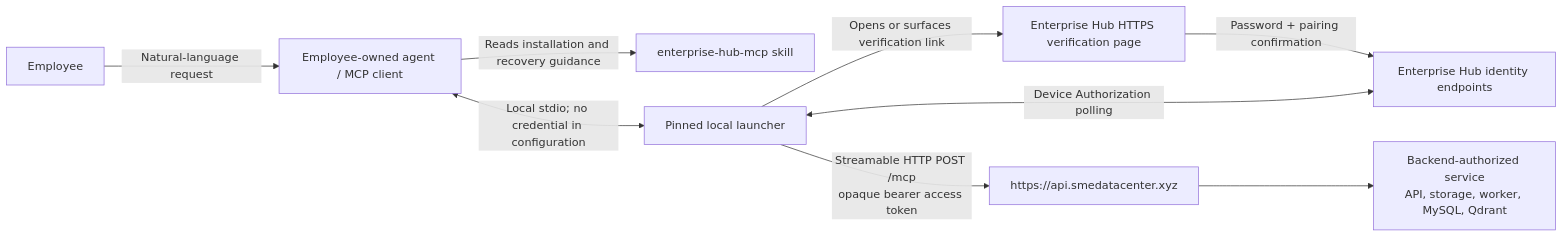
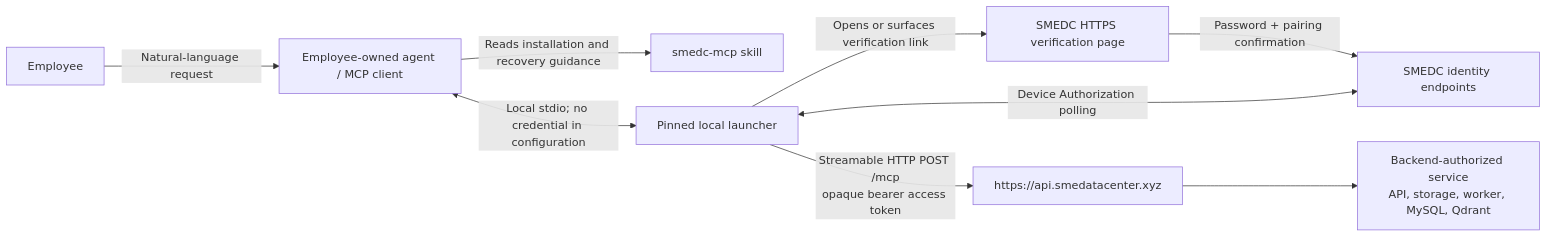
One commit to YinXiaoyu-1998/SME_DATA_CENTER changed the first of 2 diagrams in docs/implementation/mcp-user-flow.md. Above: the diagram before and after it, drawn with Mermaid. The commit also changed other lines of this file and 150 other files, not shown here.

````diff
--- a/docs/implementation/mcp-user-flow.md
+++ b/docs/implementation/mcp-user-flow.md
@@ -18,11 +18,11 @@
 ```mermaid
 flowchart LR
   Employee["Employee"] -->|"Natural-language request"| Agent["Employee-owned agent / MCP client"]
-  Agent -->|"Reads installation and recovery guidance"| Skill["enterprise-hub-mcp skill"]
+  Agent -->|"Reads installation and recovery guidance"| Skill["smedc-mcp skill"]
   Agent <-->|"Local stdio; no credential in configuration"| Launcher["Pinned local launcher"]
-  Launcher -->|"Opens or surfaces verification link"| Browser["Enterprise Hub HTTPS verification page"]
-  Browser -->|"Password + pairing confirmation"| Auth["Enterprise Hub identity endpoints"]
+  Launcher -->|"Opens or surfaces verification link"| Browser["SMEDC HTTPS verification page"]
+  Browser -->|"Password + pairing confirmation"| Auth["SMEDC identity endpoints"]
   Launcher <-->|"Device Authorization polling"| Auth
   Launcher -->|"Streamable HTTP POST /mcp\nopaque bearer access token"| Api["https://api.smedatacenter.xyz"]
   Api --> Data["Backend-authorized service\nAPI, storage, worker, MySQL, Qdrant"]
 ```
````
